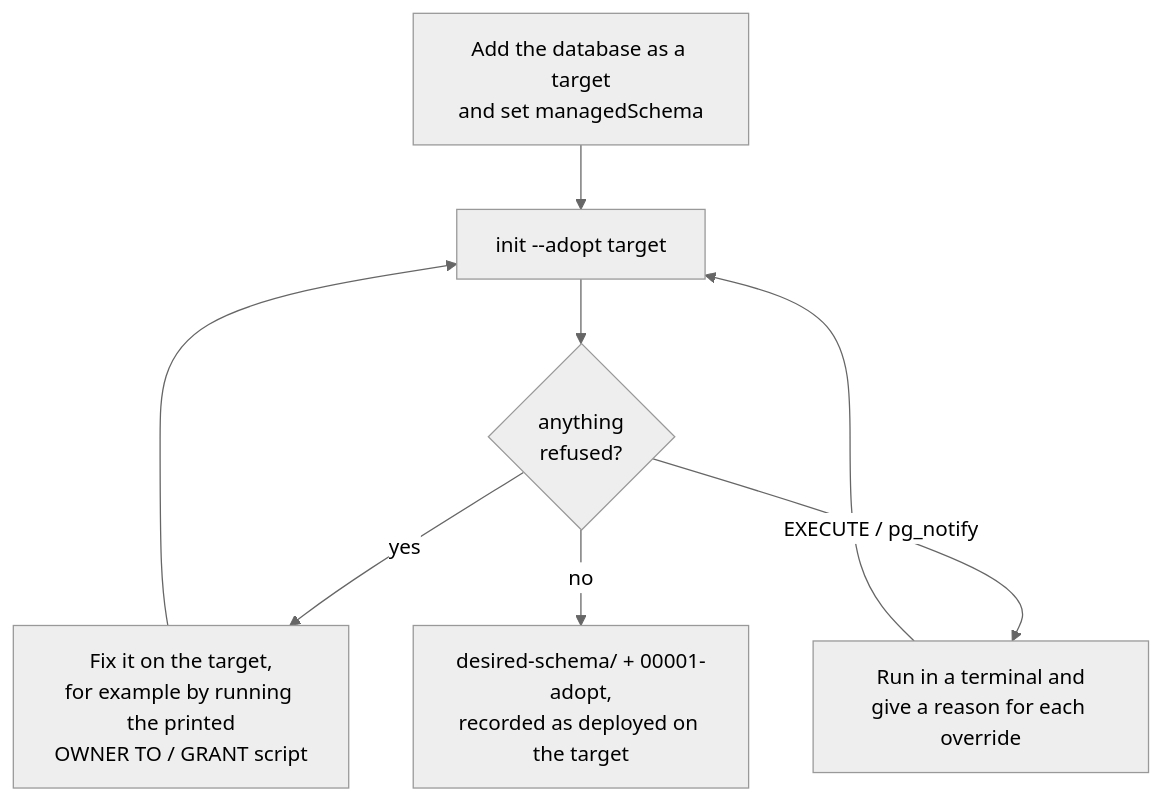
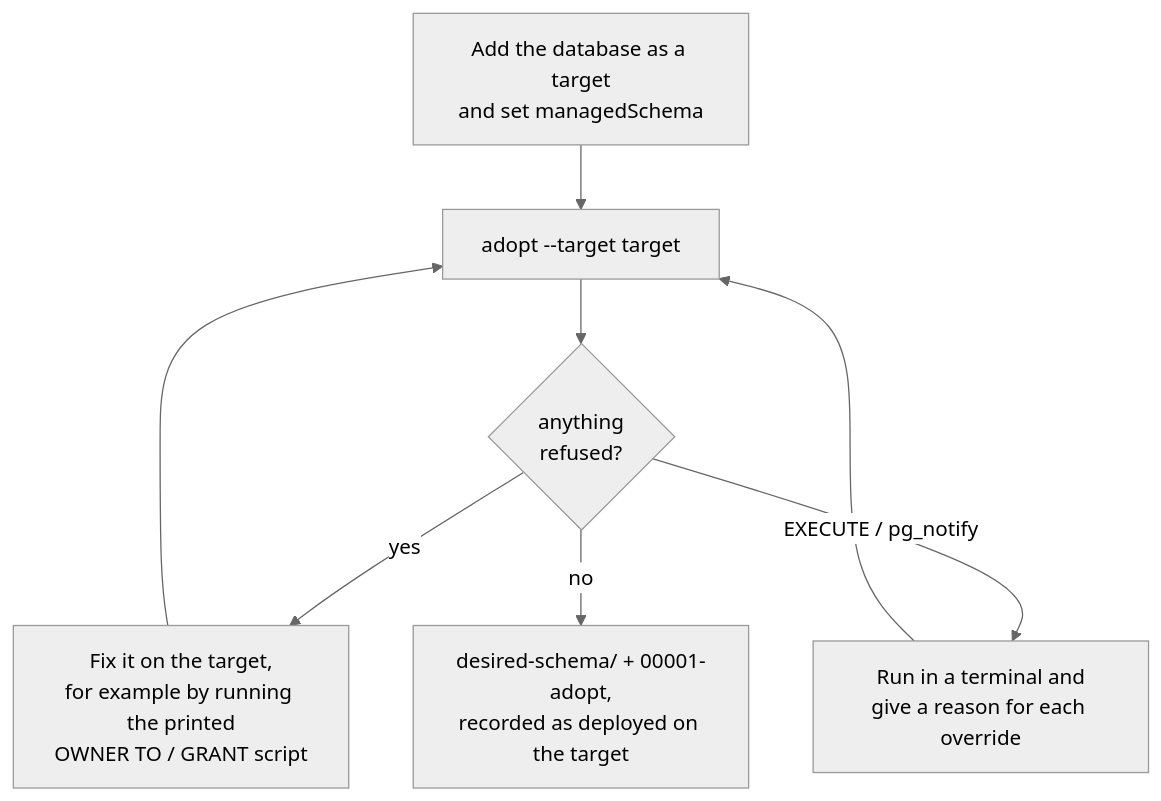
Before and after one commit to larsenjd/super-deploy: the fourth of 9 diagrams in packages/template/README.md, drawn with Mermaid (neutral theme). The commit also changed other lines of this file and 86 other files, not shown here.

````diff
--- a/packages/template/README.md
+++ b/packages/template/README.md
@@ -291,8 +293,8 @@
 ```mermaid
 flowchart TD
-  A["Add the database as a target<br>and set managedSchema"] --> B["init --adopt target"]
+  A["Add the database as a target<br>and set managedSchema"] --> B["adopt --target target"]
   B --> C{"anything<br>refused?"}
   C -->|yes| D["Fix it on the target,<br>for example by running the printed<br>OWNER TO / GRANT script"] --> B
   C -->|EXECUTE / pg_notify| E["Run in a terminal and<br>give a reason for each override"] --> B
   C -->|no| F["desired-schema/ + 00001-adopt,<br>recorded as deployed on the target"]
 ```
````
